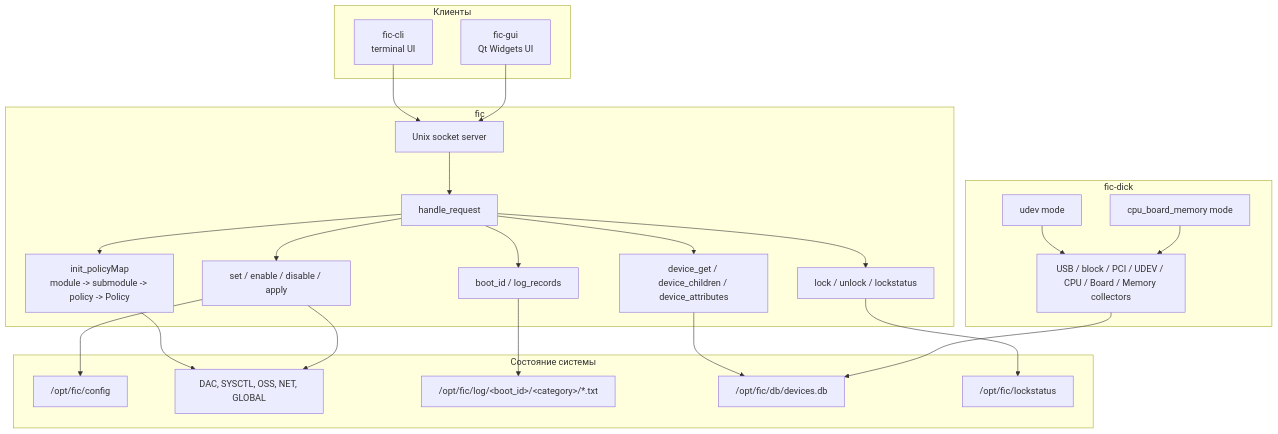
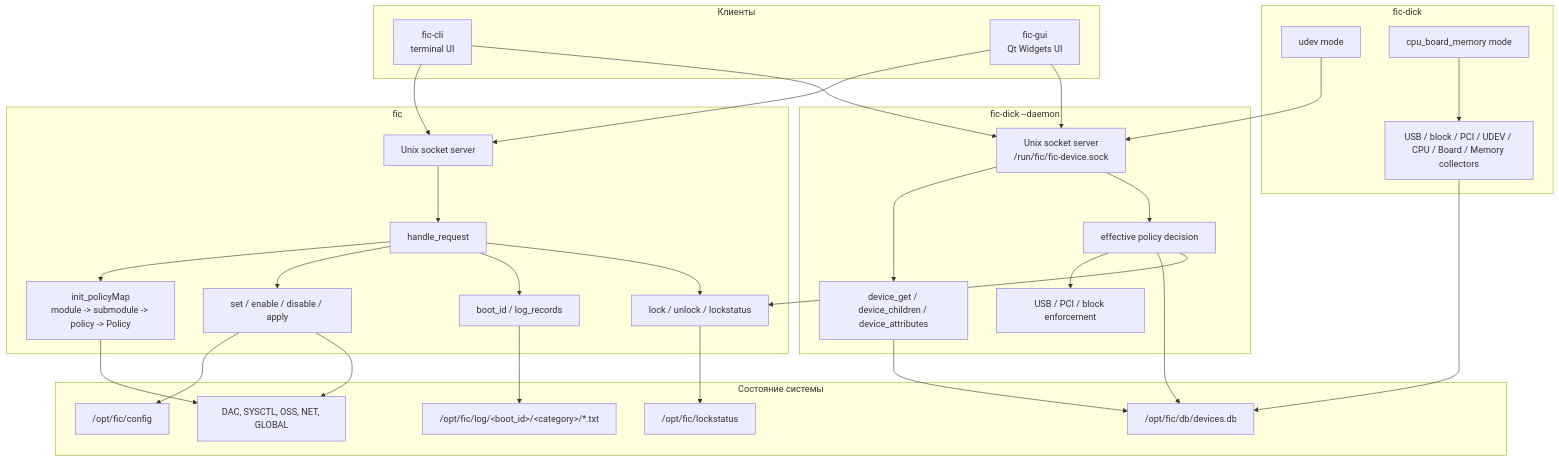
The second of 11 diagrams in docs/architecture-diagrams.md (RevoltStar/FIC), drawn with Mermaid before and after one commit. The commit also changed other lines of this file and 38 other files, not shown here.

````diff
--- a/docs/architecture-diagrams.md
+++ b/docs/architecture-diagrams.md
@@ -59,51 +64,63 @@
 ```mermaid
 flowchart TB
     subgraph Clients[Клиенты]
         cli["fic-cli<br/>terminal UI"]
         gui["fic-gui<br/>Qt Widgets UI"]
     end
 
     subgraph Daemon[fic]
         ipcServer[Unix socket server]
         requestRouter[handle_request]
         policyMap["init_policyMap<br/>module -> submodule -> policy -> Policy"]
         policyOps[set / enable / disable / apply]
-        deviceApi[device_get / device_children / device_attributes]
         logApi[boot_id / log_records]
         lockApi[lock / unlock / lockstatus]
+    end
+
+    subgraph DeviceDaemon["fic-dick --daemon"]
+        deviceIpc[Unix socket server<br/>/run/fic/fic-device.sock]
+        deviceApi[device_get / device_children / device_attributes]
+        devicePolicy[effective policy decision]
+        deviceApply[USB / PCI / block enforcement]
     end
 
     subgraph CoreStorage[Состояние системы]
         config["/opt/fic/config"]
         modules[DAC, SYSCTL, OSS, NET, GLOBAL]
         logs["/opt/fic/log/&lt;boot_id&gt;/&lt;category&gt;/*.txt"]
         db["/opt/fic/db/devices.db"]
         lockstatus["/opt/fic/lockstatus"]
     end
 
     subgraph Collectors[fic-dick]
         udevMode[udev mode]
         staticMode[cpu_board_memory mode]
         collectors[USB / block / PCI / UDEV / CPU / Board / Memory collectors]
     end
 
     cli --> ipcServer
     gui --> ipcServer
+    cli --> deviceIpc
+    gui --> deviceIpc
     ipcServer --> requestRouter
     requestRouter --> policyMap
     requestRouter --> policyOps
-    requestRouter --> deviceApi
     requestRouter --> logApi
     requestRouter --> lockApi
+    deviceIpc --> deviceApi
+    deviceIpc --> devicePolicy
+    devicePolicy --> deviceApply
 
     policyMap --> modules
     policyOps --> config
     policyOps --> modules
     logApi --> logs
     deviceApi --> db
+    devicePolicy --> db
     lockApi --> lockstatus
+    devicePolicy --> lockApi
 
-    udevMode --> collectors
+    udevMode --> deviceIpc
     staticMode --> collectors
     collectors --> db
 ```
````
